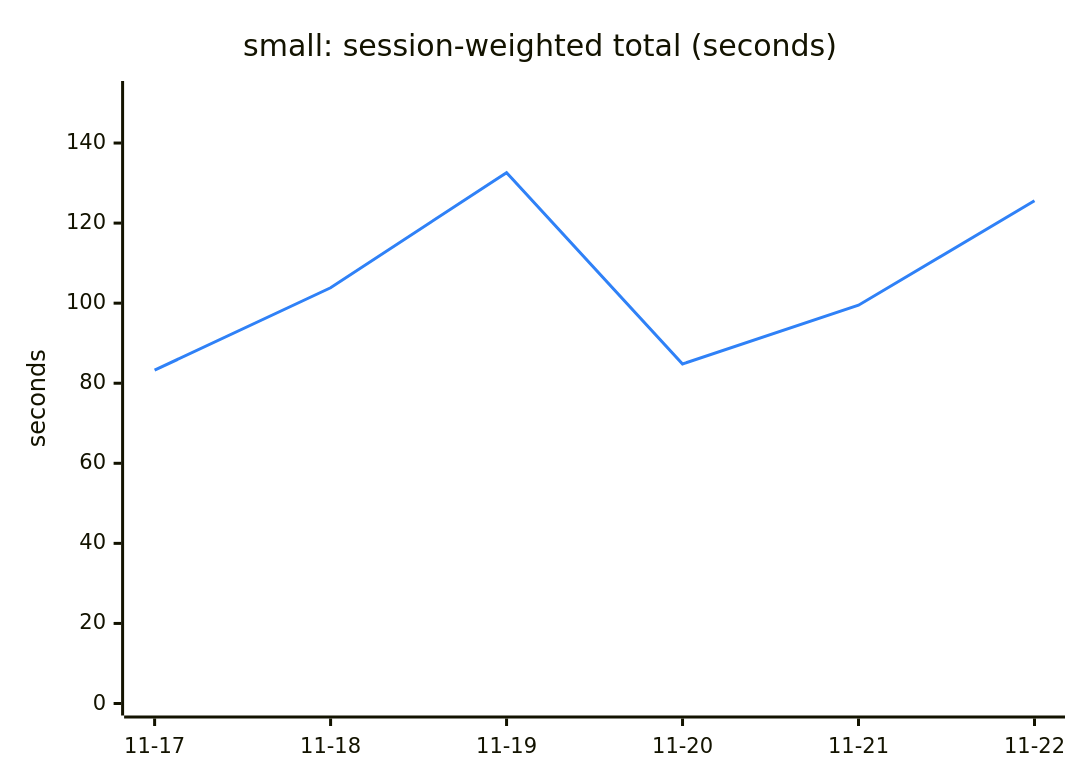
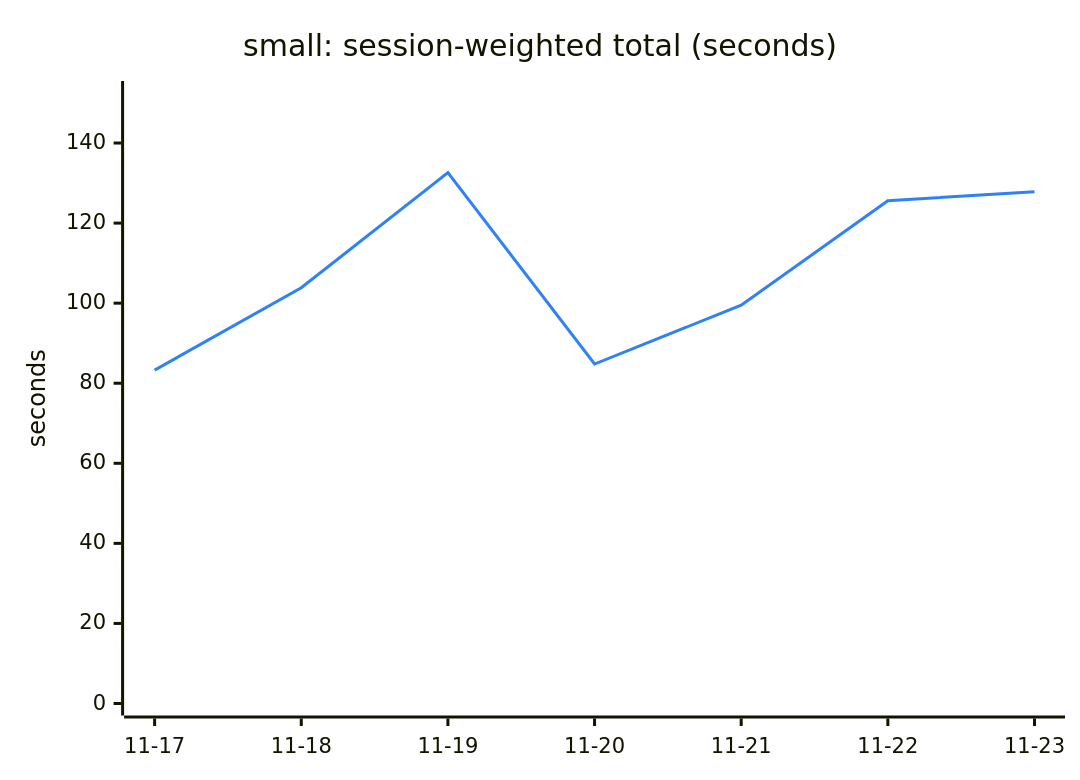
Before and after one commit to Ricovl/mxcli: the first of 6 diagrams in TREND.md, drawn with Mermaid. The commit also changed other lines of this file and 2 other files, not shown here.

````diff
--- a/TREND.md
+++ b/TREND.md
@@ -13,13 +13,13 @@
 ```mermaid
 ---
 config:
   themeVariables:
     xyChart:
       plotColorPalette: "#2f81f7"
 ---
 xychart-beta
     title "small: session-weighted total (seconds)"
-    x-axis ["11-17", "11-18", "11-19", "11-20", "11-21", "11-22"]
+    x-axis ["11-17", "11-18", "11-19", "11-20", "11-21", "11-22", "11-23"]
     y-axis "seconds" 0 --> 152.50
-    line [83.27, 103.84, 132.61, 84.80, 99.49, 125.58]
+    line [83.27, 103.84, 132.61, 84.80, 99.49, 125.58, 127.85]
 ```
````
